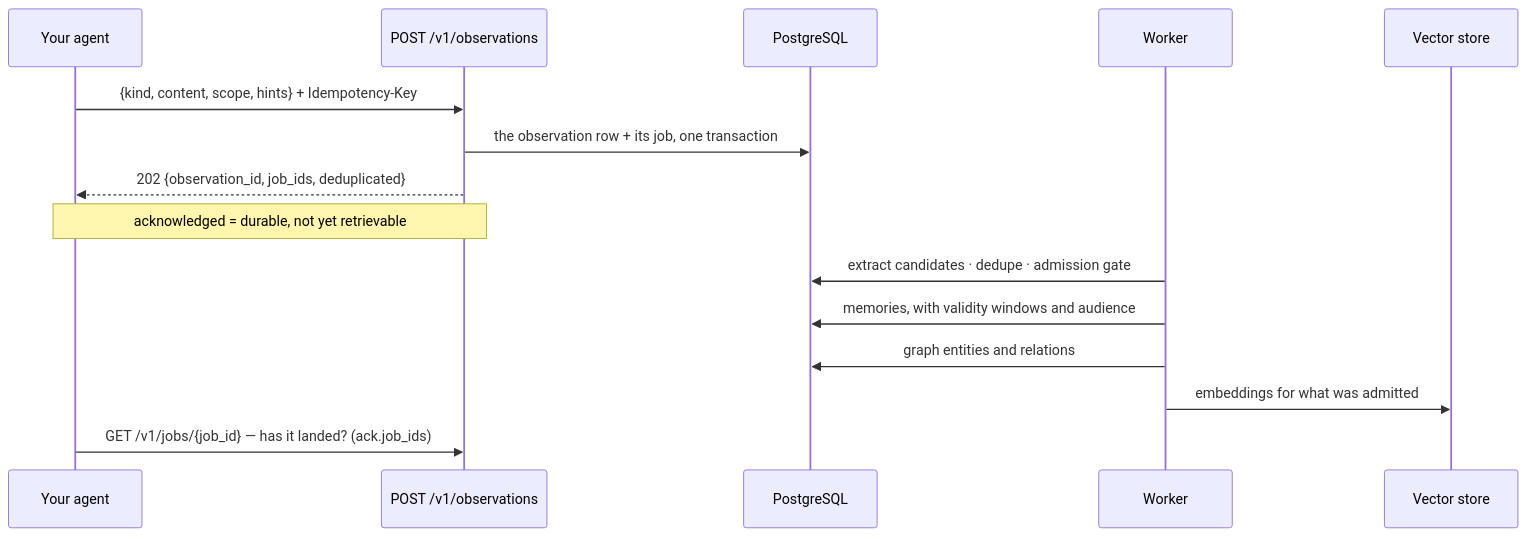
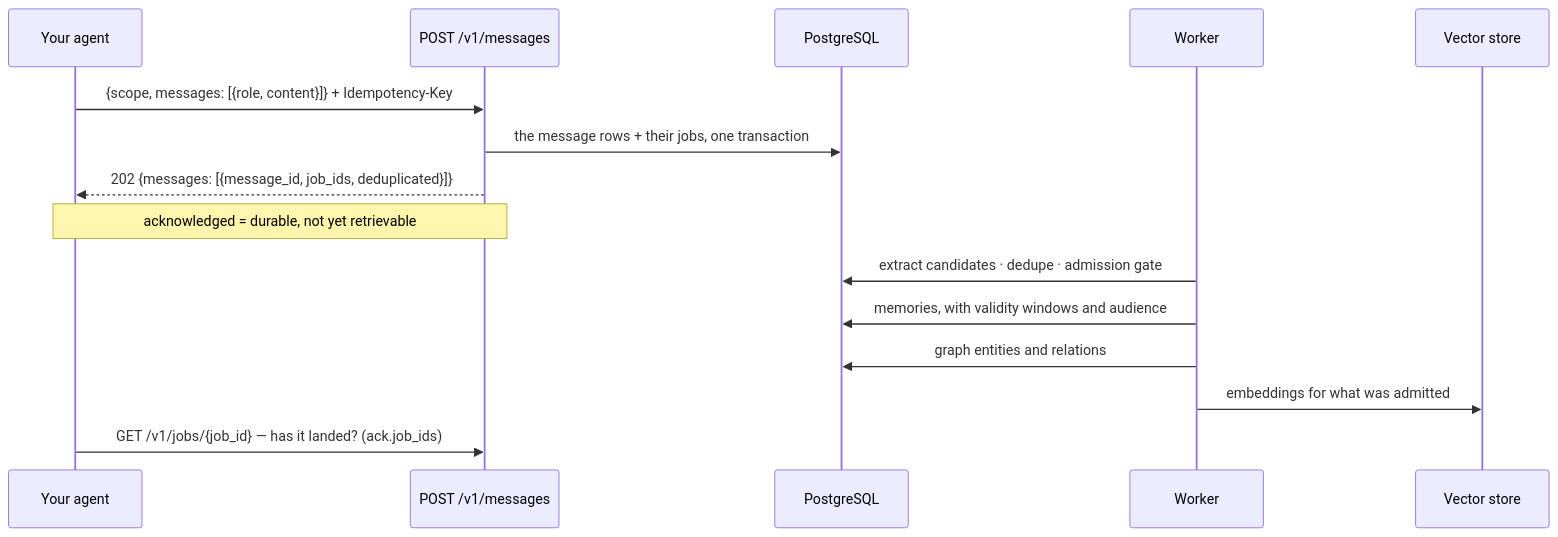
Before and after one commit to amitmohapatra/agent-memory-service: the diagram in docs/api/memory.md, drawn with Mermaid. The commit also changed other lines of this file and 36 other files, not shown here.

First line of the commit message:
Leftovers of removed routes: observations, groups, outcome, summary, graph/query, workspace keys

````diff
--- a/docs/api/memory.md
+++ b/docs/api/memory.md
@@ -12,17 +12,17 @@
 ```mermaid
 sequenceDiagram
   participant A as Your agent
-  participant API as POST /v1/observations
+  participant API as POST /v1/messages
   participant DB as PostgreSQL
   participant W as Worker
   participant V as Vector store
-  A->>API: {kind, content, scope, hints}  + Idempotency-Key
-  API->>DB: the observation row + its job, one transaction
-  API-->>A: 202 {observation_id, job_ids, deduplicated}
+  A->>API: {scope, messages: [{role, content}]}  + Idempotency-Key
+  API->>DB: the message rows + their jobs, one transaction
+  API-->>A: 202 {messages: [{message_id, job_ids, deduplicated}]}
   Note over API,A: acknowledged = durable, not yet retrievable
   W->>DB: extract candidates · dedupe · admission gate
   W->>DB: memories, with validity windows and audience
   W->>DB: graph entities and relations
   W->>V: embeddings for what was admitted
   A->>API: GET /v1/jobs/{job_id} — has it landed? (ack.job_ids)
 ```
````
